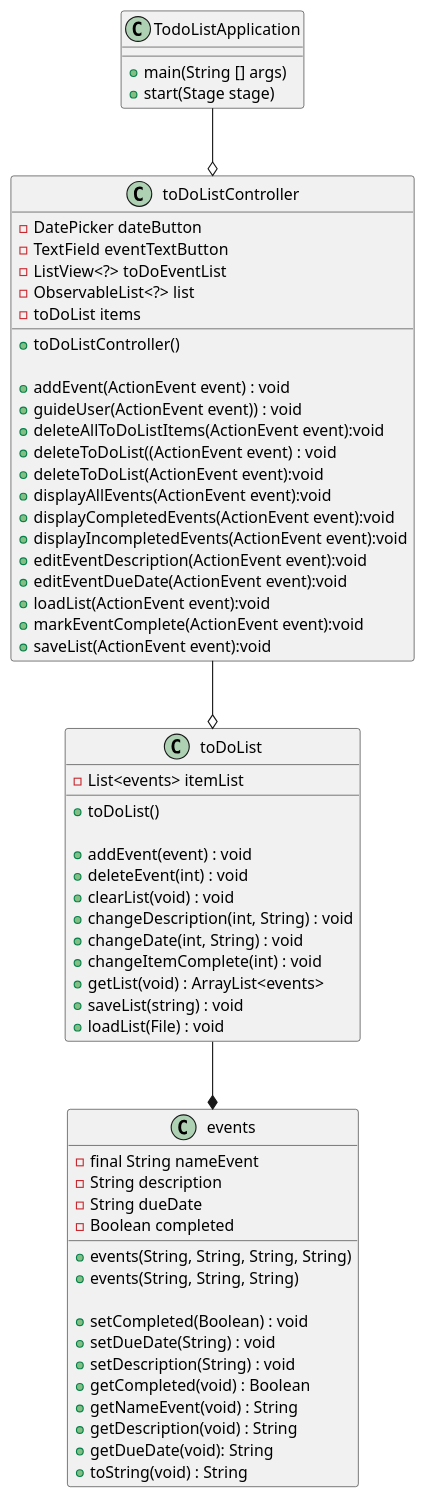
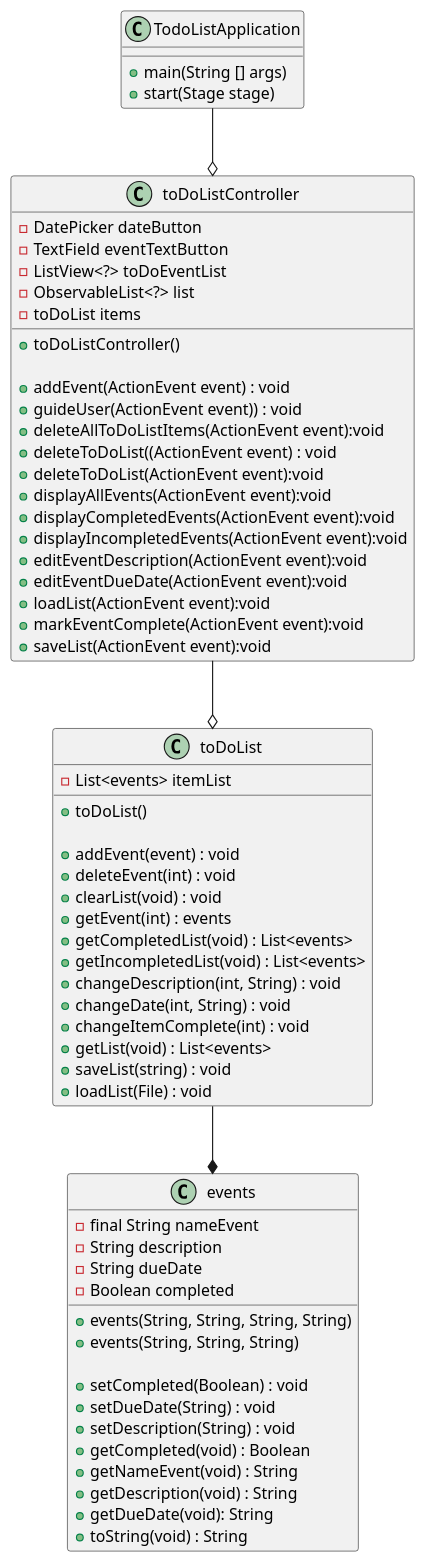
Before and after one commit to Cesar-Hernandez-1/hernandez-app1-impl: the diagram in hernandez-app1-impl-/docs/TodoListApplication.puml, drawn with PlantUML. The commit also changed 7 other files, not shown here.

```diff
--- a/hernandez-app1-impl-/docs/TodoListApplication.puml
+++ b/hernandez-app1-impl-/docs/TodoListApplication.puml
@@ -1,80 +1,83 @@
 @startuml
 
 class TodoListApplication{
     'methods
     + main(String [] args)
     + start(Stage stage)
 }
 
 class toDoListController{
     'attributes
     - DatePicker dateButton
     - TextField eventTextButton
     - ListView<?> toDoEventList
     - ObservableList<?> list
     - toDoList items
 
     'methods
     + toDoListController()
 
     +addEvent(ActionEvent event) : void
     +guideUser(ActionEvent event)) : void
     +deleteAllToDoListItems(ActionEvent event):void
     +deleteToDoList((ActionEvent event) : void
     +deleteToDoList(ActionEvent event):void
     +displayAllEvents(ActionEvent event):void
     +displayCompletedEvents(ActionEvent event):void
     +displayIncompletedEvents(ActionEvent event):void
     +editEventDescription(ActionEvent event):void
     +editEventDueDate(ActionEvent event):void
     +loadList(ActionEvent event):void
     +markEventComplete(ActionEvent event):void
     +saveList(ActionEvent event):void
 }
 
 TodoListApplication --o toDoListController
 
 class toDoList{
     'attributes
     -List<events> itemList
 
     'methods
     +toDoList()
 
     +addEvent(event) : void
     +deleteEvent(int) : void
     +clearList(void) : void
+    +getEvent(int) : events
+    +getCompletedList(void) : List<events>
+    +getIncompletedList(void) : List<events>
     +changeDescription(int, String) : void
     +changeDate(int, String) : void
     +changeItemComplete(int) : void
-    +getList(void) : ArrayList<events>
+    +getList(void) : List<events>
     +saveList(string) : void
     +loadList(File) : void
 }
 
 class events{
     'attributes
     - final String nameEvent
     - String description
     - String dueDate
     - Boolean completed
 
     'methods
     + events(String, String, String, String)
     + events(String, String, String)
 
     +setCompleted(Boolean) : void
     +setDueDate(String) : void
     +setDescription(String) : void
     +getCompleted(void) : Boolean
     +getNameEvent(void) : String
     +getDescription(void) : String
     +getDueDate(void): String
     +toString(void) : String
 }
 
 toDoList --* events
 
 toDoListController --o toDoList
 
 @enduml
```
